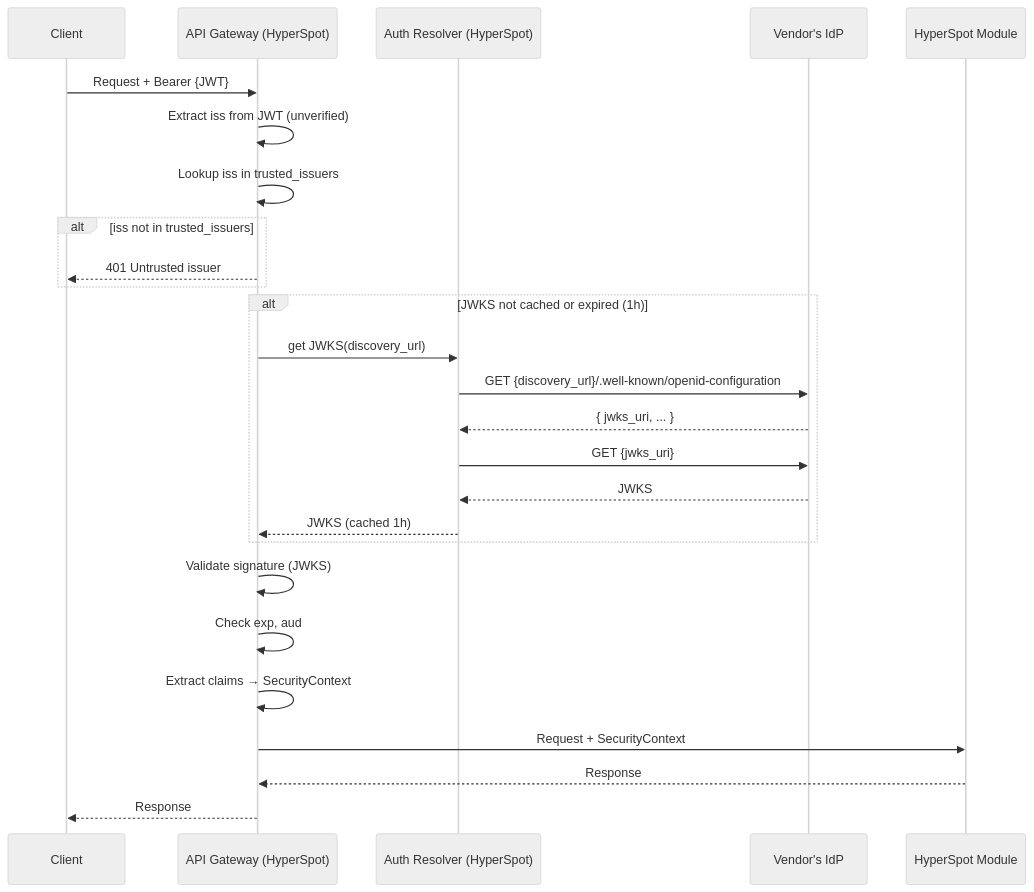
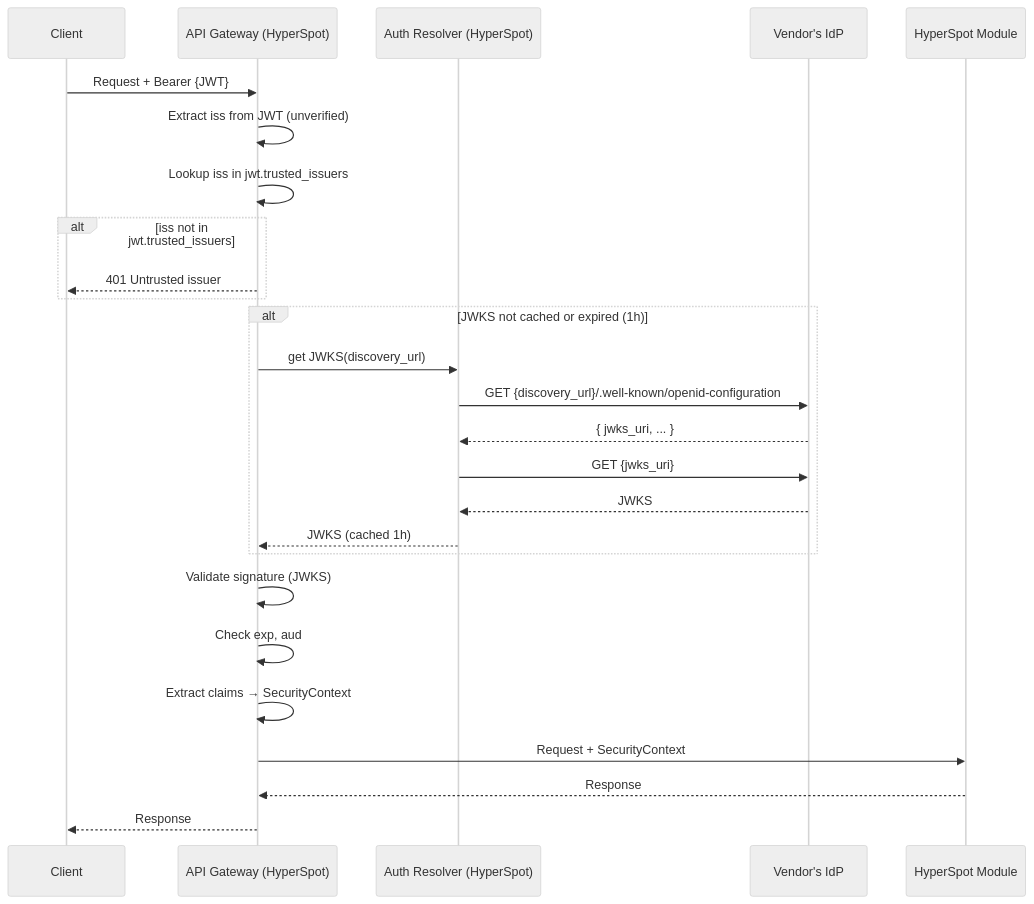
The first of 3 diagrams in docs/design/AUTH.md (aviator5/hyperspot), drawn with Mermaid (neutral theme) before and after one commit. The commit also changed other lines of this file and 2 other files, not shown here.

````diff
--- a/docs/design/AUTH.md
+++ b/docs/design/AUTH.md
@@ -229,32 +262,32 @@
 ```mermaid
 sequenceDiagram
     participant Client
     participant Gateway as API Gateway (HyperSpot)
     participant AuthResolver as Auth Resolver (HyperSpot)
     participant IdP as Vendor's IdP
     participant Module as HyperSpot Module
 
     Client->>Gateway: Request + Bearer {JWT}
     Gateway->>Gateway: Extract iss from JWT (unverified)
-    Gateway->>Gateway: Lookup iss in trusted_issuers
+    Gateway->>Gateway: Lookup iss in jwt.trusted_issuers
 
-    alt iss not in trusted_issuers
+    alt iss not in jwt.trusted_issuers
         Gateway-->>Client: 401 Untrusted issuer
     end
 
     alt JWKS not cached or expired (1h)
         Gateway->>AuthResolver: get JWKS(discovery_url)
         AuthResolver->>IdP: GET {discovery_url}/.well-known/openid-configuration
         IdP-->>AuthResolver: { jwks_uri, ... }
         AuthResolver->>IdP: GET {jwks_uri}
         IdP-->>AuthResolver: JWKS
         AuthResolver-->>Gateway: JWKS (cached 1h)
     end
 
     Gateway->>Gateway: Validate signature (JWKS)
     Gateway->>Gateway: Check exp, aud
     Gateway->>Gateway: Extract claims → SecurityContext
     Gateway->>Module: Request + SecurityContext
     Module-->>Gateway: Response
     Gateway-->>Client: Response
 ```
````
